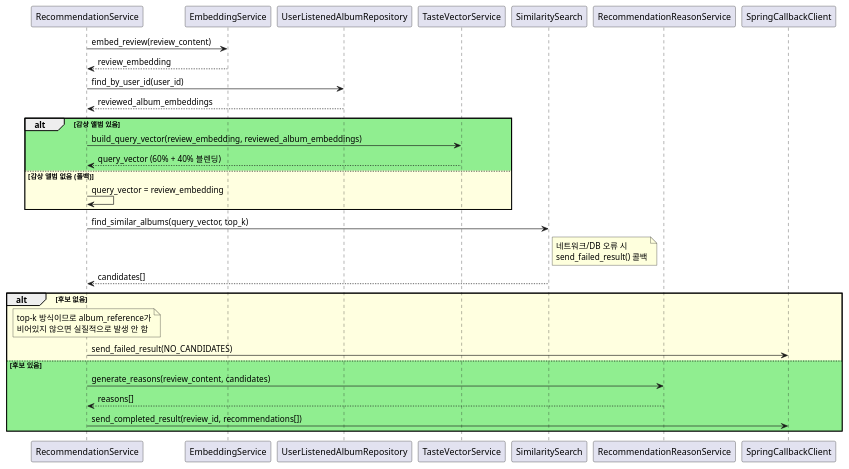
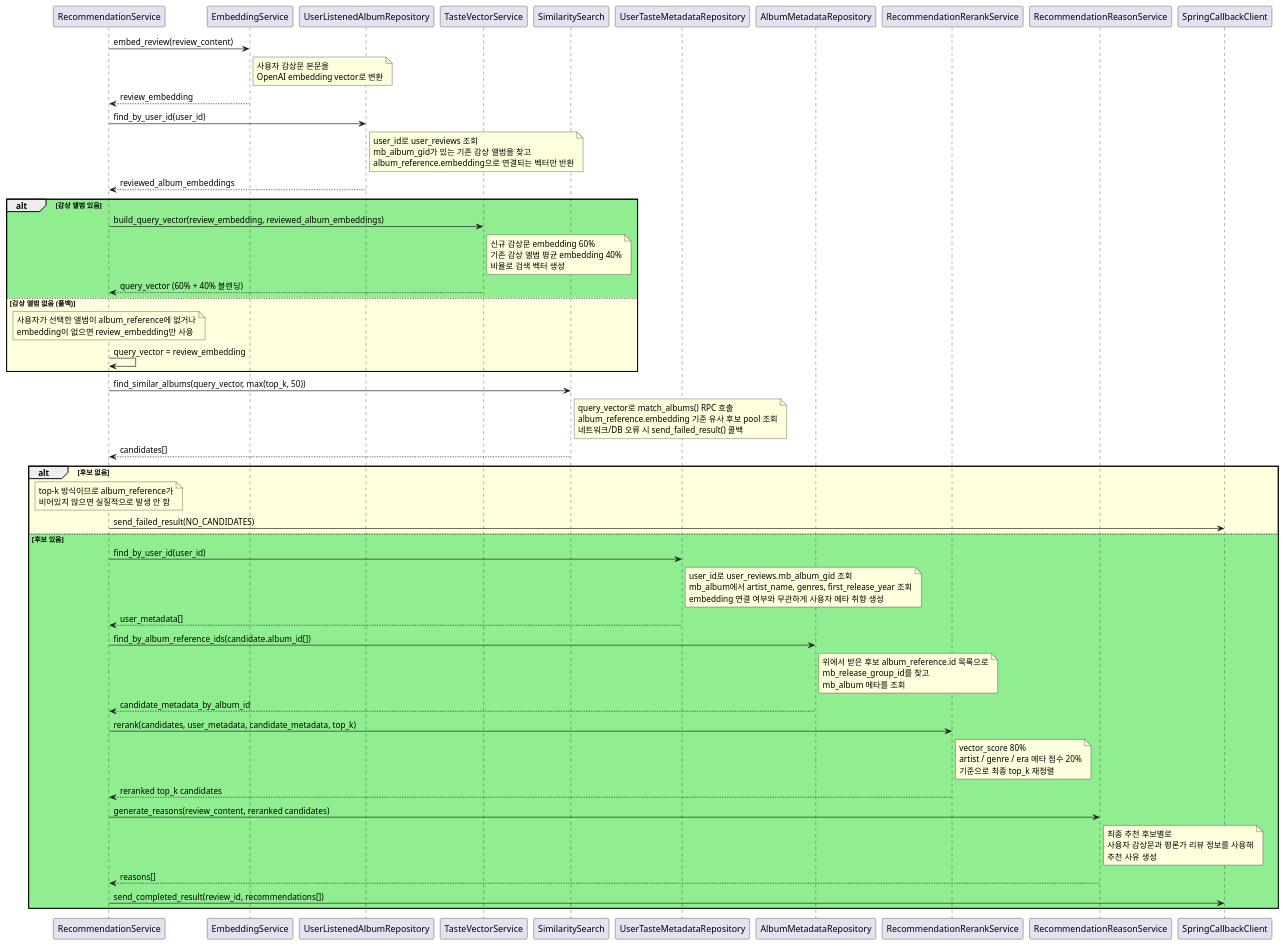
Before and after one commit to heeyoungha/jazzmateShop: the diagram in docs/backendPython/flows/02-recommend.md, drawn with PlantUML. The commit also changed other lines of this file and 5 other files, not shown here.

Commit message:
docs: docs: MusicBrainz 메타 재순위 반영 및 API 계약 갱신 - 플로우 문서에 메타 재순위 단계 추가 - ADR-002에 Decision 3-1 추가 (후보 pool 재순위 정책)

```diff
--- a/docs/backendPython/flows/02-recommend.md
+++ b/docs/backendPython/flows/02-recommend.md
@@ -36,31 +44,82 @@
 participant "UserListenedAlbumRepository" as RAR
 participant "TasteVectorService" as TV
 participant "SimilaritySearch" as AER
+participant "UserTasteMetadataRepository" as UMR
+participant "AlbumMetadataRepository" as AMR
+participant "RecommendationRerankService" as RERANK
 participant "RecommendationReasonService" as RRS
 participant "SpringCallbackClient" as CC
 
 RS -> ES : embed_review(review_content)
+note right of ES
+  사용자 감상문 본문을
+  OpenAI embedding vector로 변환
+end note
 ES --> RS : review_embedding
 
 RS -> RAR : find_by_user_id(user_id)
+note right of RAR
+  user_id로 user_reviews 조회
+  mb_album_gid가 있는 기존 감상 앨범을 찾고
+  album_reference.embedding으로 연결되는 벡터만 반환
+end note
 RAR --> RS : reviewed_album_embeddings
 
 alt #LightGreen 감상 앨범 있음
   RS -> TV : build_query_vector(review_embedding, reviewed_album_embeddings)
+  note right of TV
+    신규 감상문 embedding 60%
+    기존 감상 앨범 평균 embedding 40%
+    비율로 검색 벡터 생성
+  end note
   TV --> RS : query_vector (60% + 40% 블렌딩)
 else #LightYellow 감상 앨범 없음 (폴백)
+  note over RS
+    사용자가 선택한 앨범이 album_reference에 없거나
+    embedding이 없으면 review_embedding만 사용
+  end note
   RS -> RS : query_vector = review_embedding
 end
 
-RS -> AER : find_similar_albums(query_vector, top_k)
-note right of AER : 네트워크/DB 오류 시\nsend_failed_result() 콜백
+RS -> AER : find_similar_albums(query_vector, max(top_k, 50))
+note right of AER
+  query_vector로 match_albums() RPC 호출
+  album_reference.embedding 기준 유사 후보 pool 조회
+  네트워크/DB 오류 시 send_failed_result() 콜백
+end note
 AER --> RS : candidates[]
 
 alt #LightYellow 후보 없음
   note over RS : top-k 방식이므로 album_reference가\n비어있지 않으면 실질적으로 발생 안 함
   RS -> CC : send_failed_result(NO_CANDIDATES)
 else #LightGreen 후보 있음
-  RS -> RRS : generate_reasons(review_content, candidates)
+  RS -> UMR : find_by_user_id(user_id)
+  note right of UMR
+    user_id로 user_reviews.mb_album_gid 조회
+    mb_album에서 artist_name, genres, first_release_year 조회
+    embedding 연결 여부와 무관하게 사용자 메타 취향 생성
+  end note
+  UMR --> RS : user_metadata[]
+  RS -> AMR : find_by_album_reference_ids(candidate.album_id[])
+  note right of AMR
+    위에서 받은 후보 album_reference.id 목록으로
+    mb_release_group_id를 찾고
+    mb_album 메타를 조회
+  end note
+  AMR --> RS : candidate_metadata_by_album_id
+  RS -> RERANK : rerank(candidates, user_metadata, candidate_metadata, top_k)
+  note right of RERANK
+    vector_score 80%
+    artist / genre / era 메타 점수 20%
+    기준으로 최종 top_k 재정렬
+  end note
+  RERANK --> RS : reranked top_k candidates
+  RS -> RRS : generate_reasons(review_content, reranked candidates)
+  note right of RRS
+    최종 추천 후보별로
+    사용자 감상문과 평론가 리뷰 정보를 사용해
+    추천 사유 생성
+  end note
   RRS --> RS : reasons[]
   RS -> CC : send_completed_result(review_id, recommendations[])
 end
```
